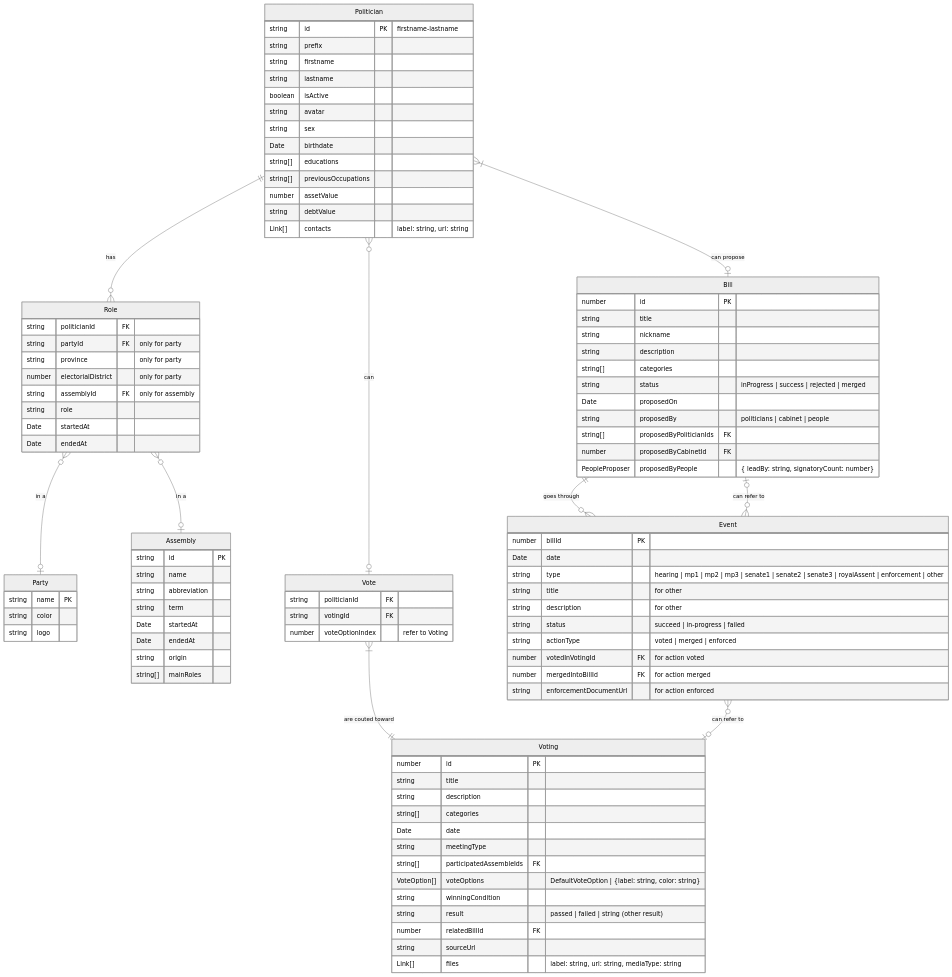
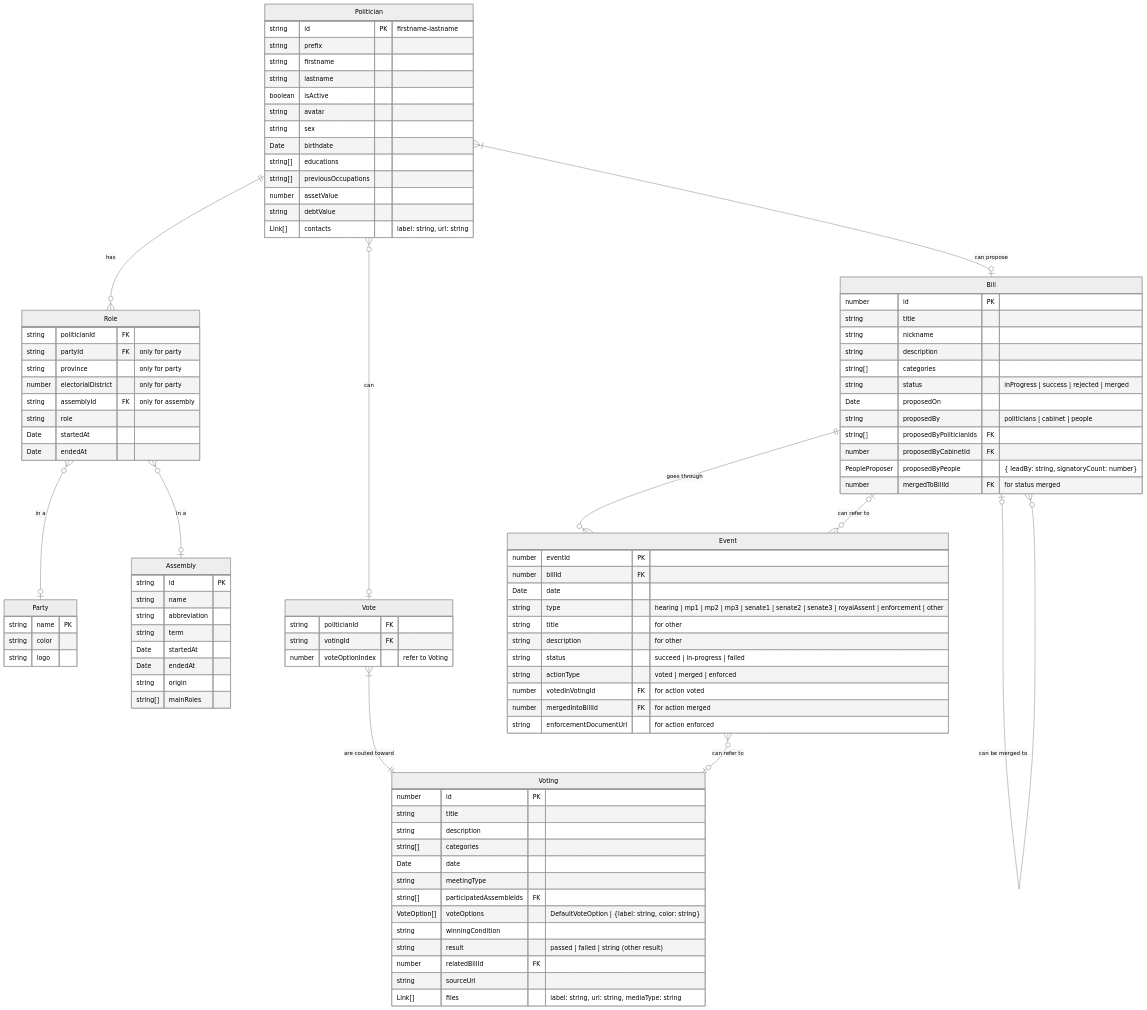
One commit to wevisdemo/parliament-watch changed the diagram in src/models/README.md. Above: the diagram before and after it, drawn with Mermaid (neutral theme). The commit also changed 7 other files, not shown here.

```diff
--- a/src/models/README.md
+++ b/src/models/README.md
@@ -9,6 +9,7 @@
   Politician }|--o| Bill: "can propose"
   Vote }|--|| Voting: "are couted toward"
   Bill ||--o{ Event: "goes through"
+  Bill |o--o{ Bill: "can be merged to"
   Event }o--o| Bill: "can refer to"
   Event }o--o| Voting: "can refer to"
 
@@ -68,6 +69,7 @@
     string[] proposedByPoliticianIds FK
     number proposedByCabinetId FK
     PeopleProposer proposedByPeople "{ leadBy: string, signatoryCount: number}"
+    number mergedToBillId FK "for status merged"
   }
 
   Voting {
@@ -93,7 +95,8 @@
   }
 
   Event {
-    number billId PK
+    number eventId PK
+    number billId FK
     Date date
     string type "hearing | mp1 | mp2 | mp3 | senate1 | senate2 | senate3 | royalAssent | enforcement | other"
     string title "for other"
```
